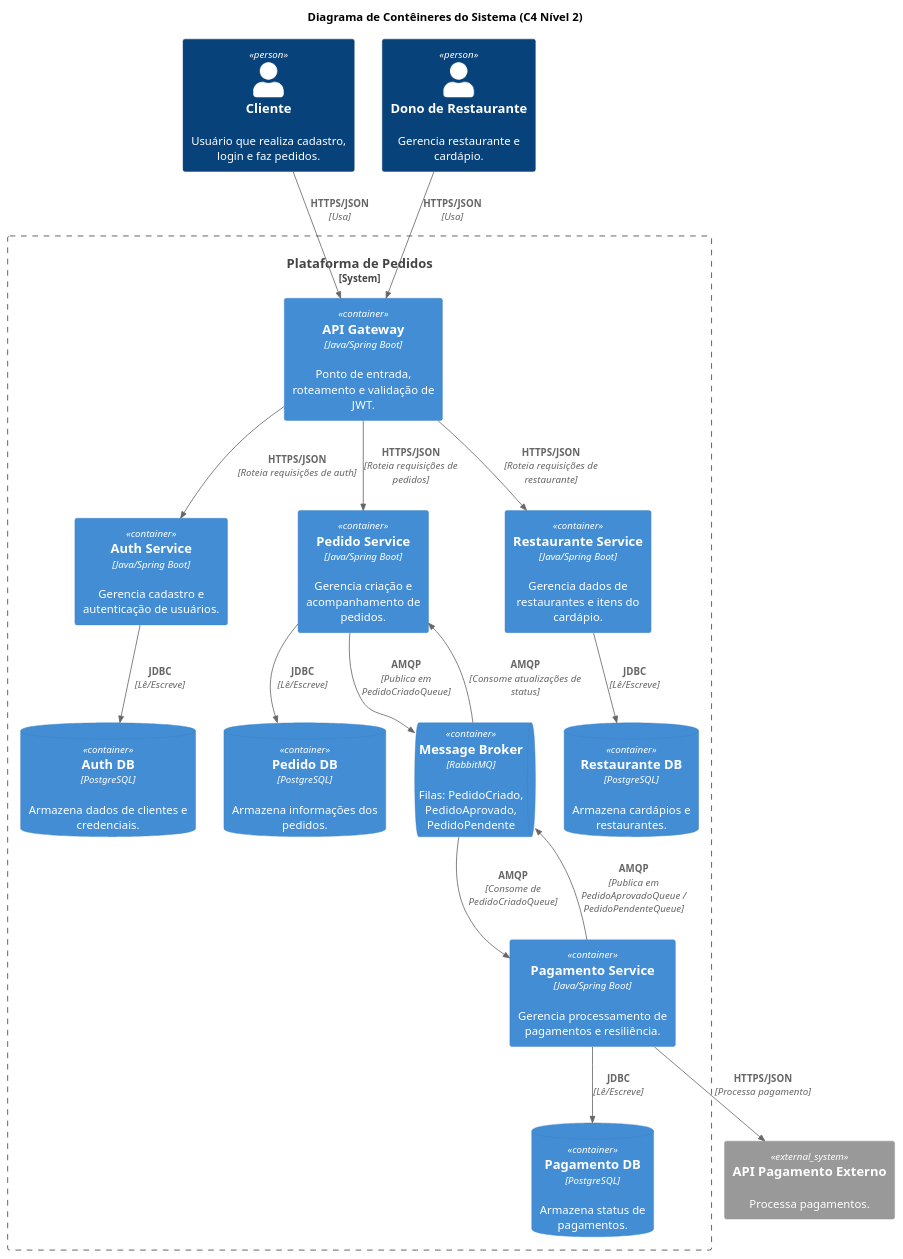
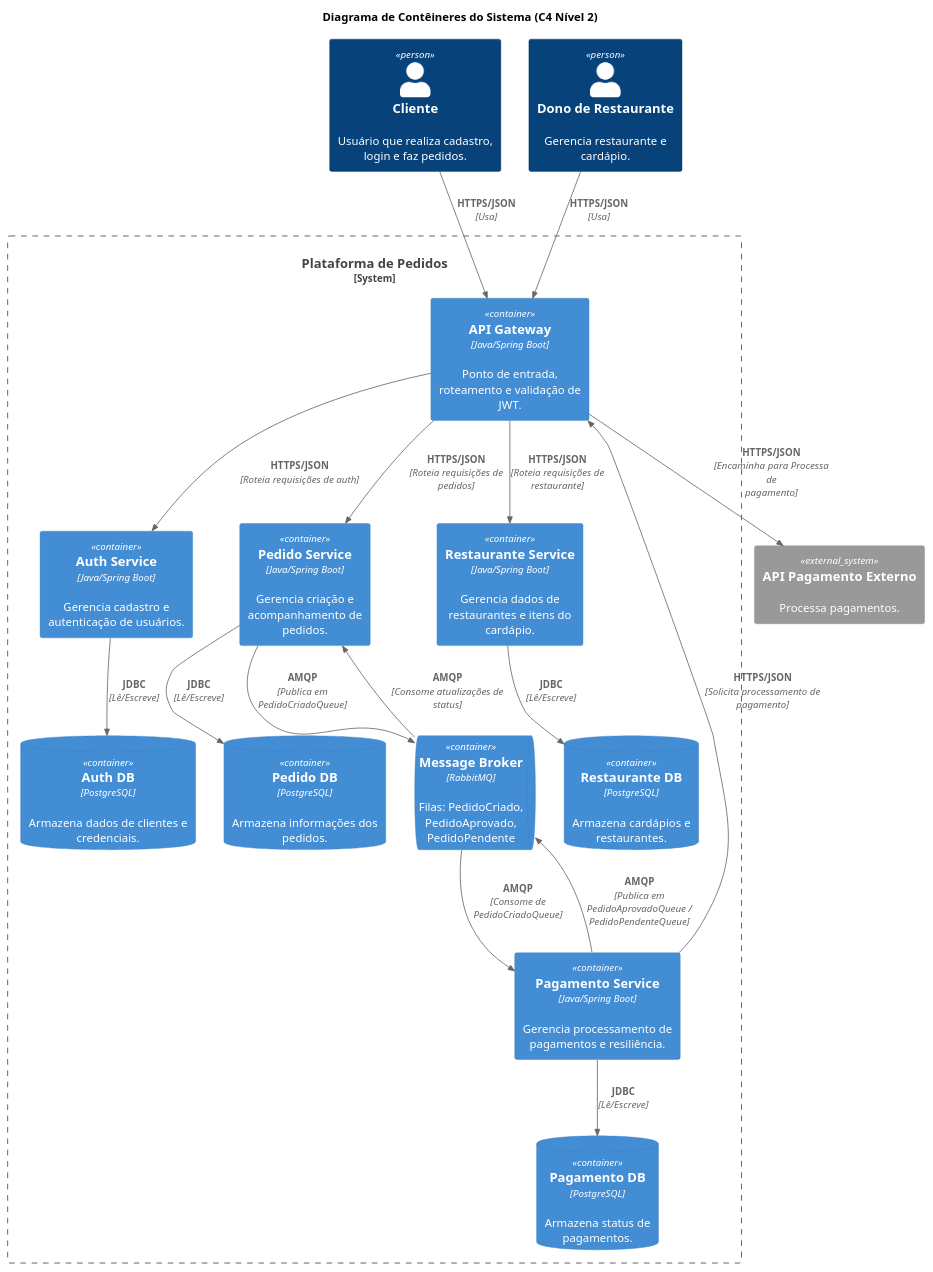
The diagram in docs/c4-container.puml (KervinCandido/restaurant-system-infra), drawn with PlantUML before and after one commit. The commit also changed 3 other files, not shown here.

```diff
--- a/docs/c4-container.puml
+++ b/docs/c4-container.puml
@@ -1,49 +1,50 @@
 @startuml
 !include https://raw.githubusercontent.com/plantuml-stdlib/C4-PlantUML/master/C4_Container.puml
 
 title Diagrama de Contêineres do Sistema (C4 Nível 2)
 
 Person(cliente, "Cliente", "Usuário que realiza cadastro, login e faz pedidos.")
 Person(dono, "Dono de Restaurante", "Gerencia restaurante e cardápio.")
 
 System_Ext(pagamento_externo, "API Pagamento Externo", "Processa pagamentos.")
 
 System_Boundary(sistema, "Plataforma de Pedidos") {
     Container(api_gateway, "API Gateway", "Java/Spring Boot", "Ponto de entrada, roteamento e validação de JWT.")
 
     Container(auth_service, "Auth Service", "Java/Spring Boot", "Gerencia cadastro e autenticação de usuários.")
     ContainerDb(auth_db, "Auth DB", "PostgreSQL", "Armazena dados de clientes e credenciais.")
 
     Container(pedido_service, "Pedido Service", "Java/Spring Boot", "Gerencia criação e acompanhamento de pedidos.")
     ContainerDb(pedido_db, "Pedido DB", "PostgreSQL", "Armazena informações dos pedidos.")
 
     Container(pagamento_service, "Pagamento Service", "Java/Spring Boot", "Gerencia processamento de pagamentos e resiliência.")
     ContainerDb(pagamento_db, "Pagamento DB", "PostgreSQL", "Armazena status de pagamentos.")
 
     Container(restaurante_service, "Restaurante Service", "Java/Spring Boot", "Gerencia dados de restaurantes e itens do cardápio.")
     ContainerDb(restaurante_db, "Restaurante DB", "PostgreSQL", "Armazena cardápios e restaurantes.")
 
     ContainerQueue(message_broker, "Message Broker", "RabbitMQ", "Filas: PedidoCriado, PedidoAprovado, PedidoPendente")
 }
 
 Rel(cliente, api_gateway, "HTTPS/JSON", "Usa")
 Rel(dono, api_gateway, "HTTPS/JSON", "Usa")
 
 Rel(api_gateway, auth_service, "HTTPS/JSON", "Roteia requisições de auth")
 Rel(api_gateway, pedido_service, "HTTPS/JSON", "Roteia requisições de pedidos")
 Rel(api_gateway, restaurante_service, "HTTPS/JSON", "Roteia requisições de restaurante")
 
 Rel(auth_service, auth_db, "JDBC", "Lê/Escreve")
 Rel(pedido_service, pedido_db, "JDBC", "Lê/Escreve")
 Rel(pagamento_service, pagamento_db, "JDBC", "Lê/Escreve")
 Rel(restaurante_service, restaurante_db, "JDBC", "Lê/Escreve")
 
 Rel(pedido_service, message_broker, "AMQP", "Publica em PedidoCriadoQueue")
 Rel(message_broker, pagamento_service, "AMQP", "Consome de PedidoCriadoQueue")
 
-Rel(pagamento_service, pagamento_externo, "HTTPS/JSON", "Processa pagamento")
+Rel(pagamento_service, api_gateway, "HTTPS/JSON", "Solicita processamento de pagamento")
+Rel(api_gateway, pagamento_externo, "HTTPS/JSON", "Encaminha para Processa de pagamento")
 
 Rel(pagamento_service, message_broker, "AMQP", "Publica em PedidoAprovadoQueue / PedidoPendenteQueue")
 Rel(message_broker, pedido_service, "AMQP", "Consome atualizações de status")
 
 @enduml
```
